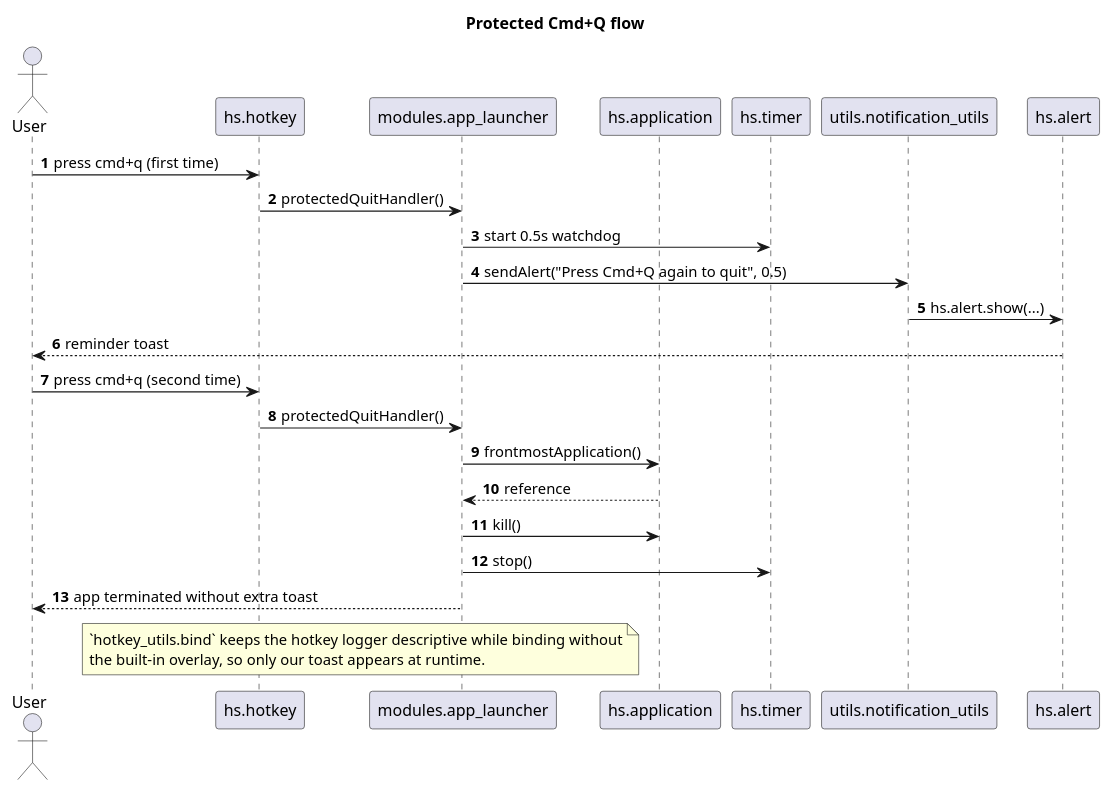
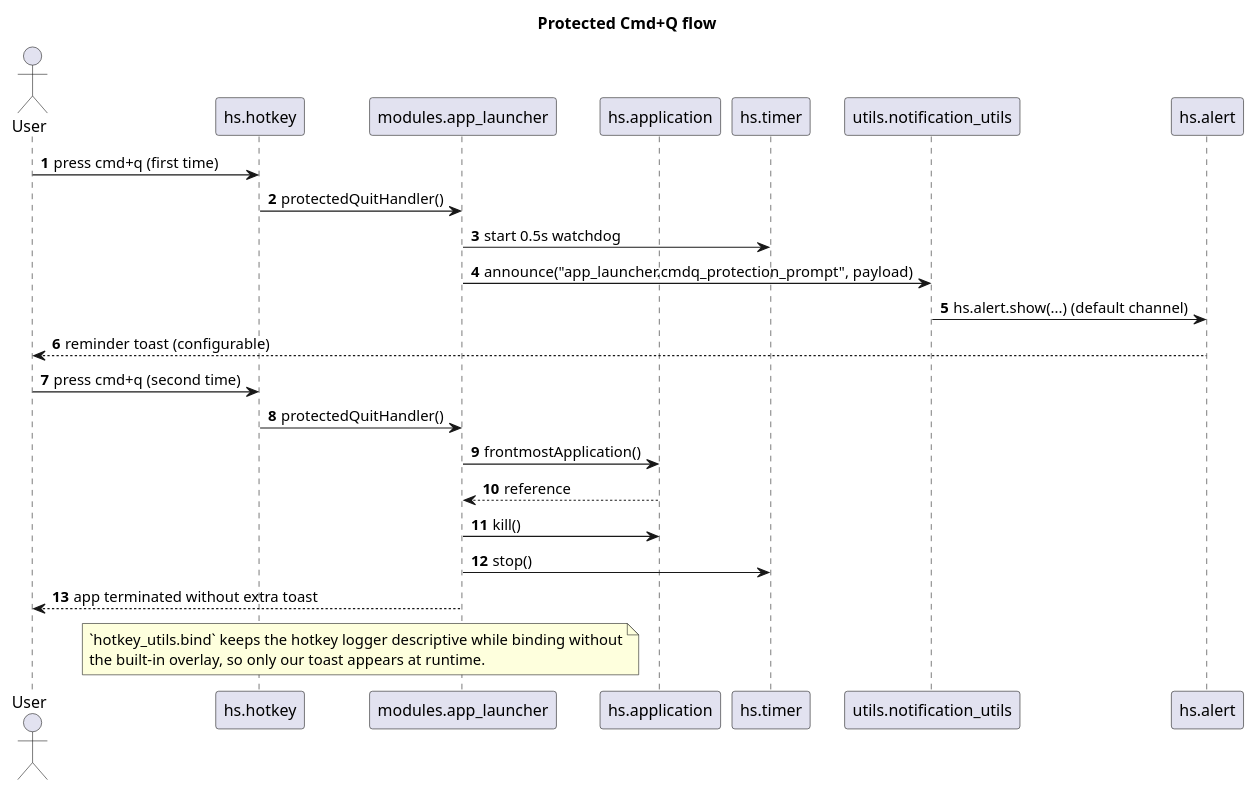
One commit to CsHeng/dot-hammerspoon changed the diagram in docs/modules/diagrams/app_launcher_sequence.puml. Above: the diagram before and after it, drawn with PlantUML. The commit also changed 12 other files, not shown here.

```diff
--- a/docs/modules/diagrams/app_launcher_sequence.puml
+++ b/docs/modules/diagrams/app_launcher_sequence.puml
@@ -1,34 +1,34 @@
 @startuml AppLauncherSequence
 title Protected Cmd+Q flow
 
 actor User as user
 participant "hs.hotkey" as hotkey
 participant "modules.app_launcher" as launcher
 participant "hs.application" as app
 participant "hs.timer" as timer
 participant "utils.notification_utils" as notification
 participant "hs.alert" as alert
 
 autonumber
 
 user -> hotkey: press cmd+q (first time)
 hotkey -> launcher: protectedQuitHandler()
 launcher -> timer: start 0.5s watchdog
-launcher -> notification: sendAlert("Press Cmd+Q again to quit", 0.5)
-notification -> alert: hs.alert.show(...)
-alert --> user: reminder toast
+launcher -> notification: announce("app_launcher.cmdq_protection_prompt", payload)
+notification -> alert: hs.alert.show(...) (default channel)
+alert --> user: reminder toast (configurable)
 
 user -> hotkey: press cmd+q (second time)
 hotkey -> launcher: protectedQuitHandler()
 launcher -> app: frontmostApplication()
 app --> launcher: reference
 launcher -> app: kill()
 launcher -> timer: stop()
 launcher --> user: app terminated without extra toast
 
 note over hotkey, launcher
 `hotkey_utils.bind` keeps the hotkey logger descriptive while binding without
 the built-in overlay, so only our toast appears at runtime.
 end note
 
 @enduml
```
